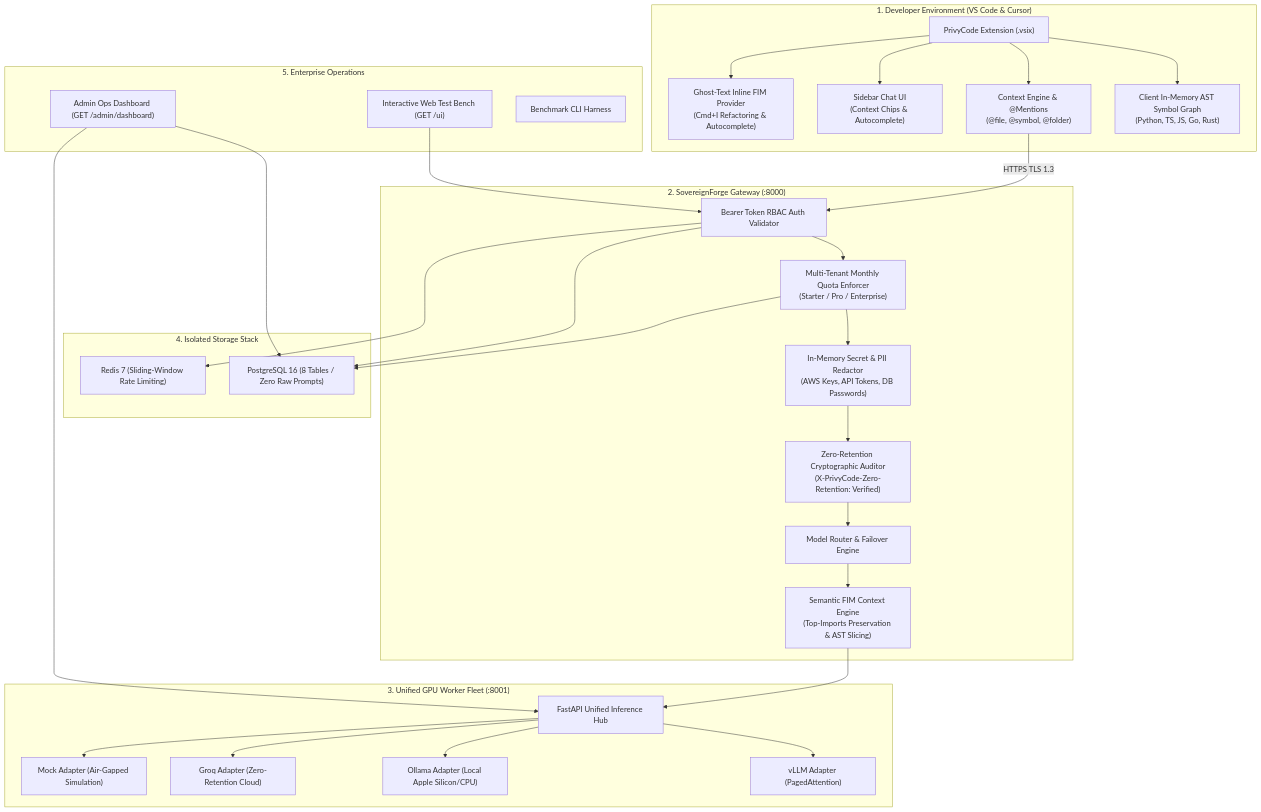
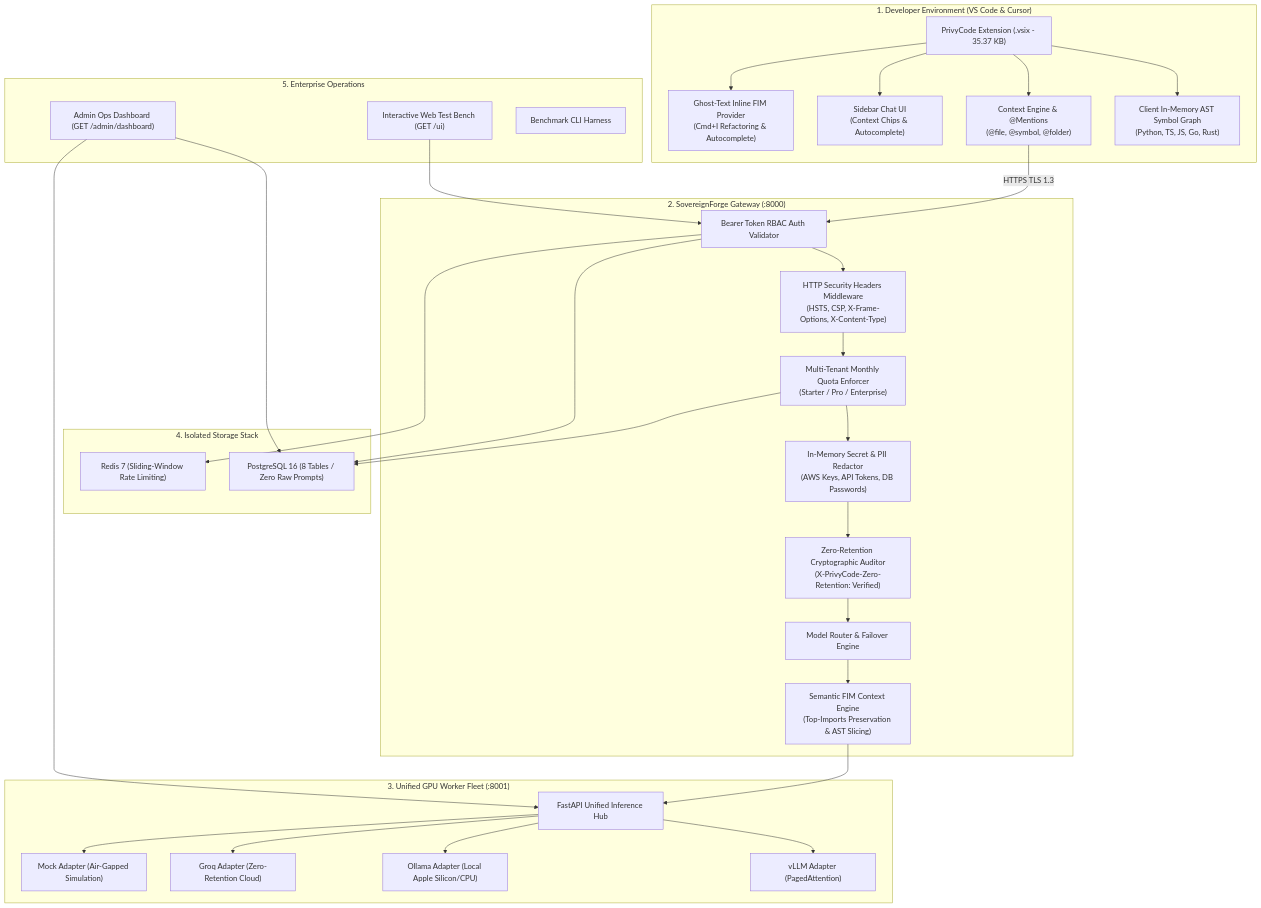
The diagram in README.md (chan4kum/privycode), drawn with Mermaid before and after one commit. The commit also changed other lines of this file, not shown here.

````diff
--- a/README.md
+++ b/README.md
@@ -24,64 +25,66 @@
 ```mermaid
 flowchart TD
     subgraph ClientLayer ["1. Developer Environment (VS Code & Cursor)"]
-        PrivyCodeExt["PrivyCode Extension (.vsix)"]
+        PrivyCodeExt["PrivyCode Extension (.vsix - 35.37 KB)"]
         SymbolGraph["Client In-Memory AST Symbol Graph\n(Python, TS, JS, Go, Rust)"]
         ContextEngine["Context Engine & @Mentions\n(@file, @symbol, @folder)"]
         ChatWebview["Sidebar Chat UI\n(Context Chips & Autocomplete)"]
         FIMProvider["Ghost-Text Inline FIM Provider\n(Cmd+I Refactoring & Autocomplete)"]
     end
 
     subgraph ControlPlane ["2. SovereignForge Gateway (:8000)"]
         AuthMiddleware["Bearer Token RBAC Auth Validator"]
         TierEnforcer["Multi-Tenant Monthly Quota Enforcer\n(Starter / Pro / Enterprise)"]
         SecretRedactor["In-Memory Secret & PII Redactor\n(AWS Keys, API Tokens, DB Passwords)"]
         ZeroRetentionAudit["Zero-Retention Cryptographic Auditor\n(X-PrivyCode-Zero-Retention: Verified)"]
         Router["Model Router & Failover Engine"]
         FIMContextEngine["Semantic FIM Context Engine\n(Top-Imports Preservation & AST Slicing)"]
+        SecurityHeaders["HTTP Security Headers Middleware\n(HSTS, CSP, X-Frame-Options, X-Content-Type)"]
     end
 
     subgraph InferenceFleet ["3. Unified GPU Worker Fleet (:8001)"]
         WorkerHub["FastAPI Unified Inference Hub"]
         vLLM["vLLM Adapter (PagedAttention)"]
         Ollama["Ollama Adapter (Local Apple Silicon/CPU)"]
         Groq["Groq Adapter (Zero-Retention Cloud)"]
         Mock["Mock Adapter (Air-Gapped Simulation)"]
     end
 
     subgraph Persistence ["4. Isolated Storage Stack"]
         Postgres["PostgreSQL 16 (8 Tables / Zero Raw Prompts)"]
         Redis["Redis 7 (Sliding-Window Rate Limiting)"]
     end
 
     subgraph Observability ["5. Enterprise Operations"]
         AdminDashboard["Admin Ops Dashboard (GET /admin/dashboard)"]
         TestBench["Interactive Web Test Bench (GET /ui)"]
         BenchmarkCLI["Benchmark CLI Harness"]
     end
 
     PrivyCodeExt --> SymbolGraph
     PrivyCodeExt --> ContextEngine
     PrivyCodeExt --> ChatWebview
     PrivyCodeExt --> FIMProvider
 
     ContextEngine -- "HTTPS TLS 1.3" --> AuthMiddleware
-    AuthMiddleware --> TierEnforcer
+    AuthMiddleware --> SecurityHeaders
+    SecurityHeaders --> TierEnforcer
     TierEnforcer --> SecretRedactor
     SecretRedactor --> ZeroRetentionAudit
     ZeroRetentionAudit --> Router
     Router --> FIMContextEngine
     FIMContextEngine --> WorkerHub
 
     WorkerHub --> vLLM
     WorkerHub --> Ollama
     WorkerHub --> Groq
     WorkerHub --> Mock
 
     AuthMiddleware --> Postgres
     TierEnforcer --> Postgres
     AuthMiddleware --> Redis
 
     AdminDashboard --> Postgres
     AdminDashboard --> WorkerHub
     TestBench --> AuthMiddleware
 ```
````
